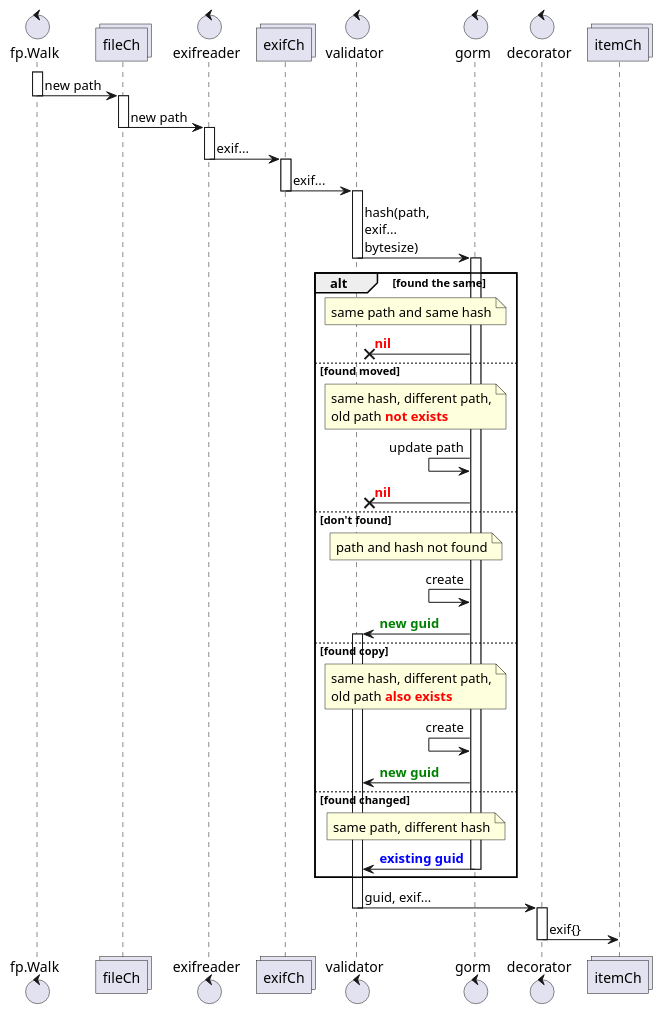
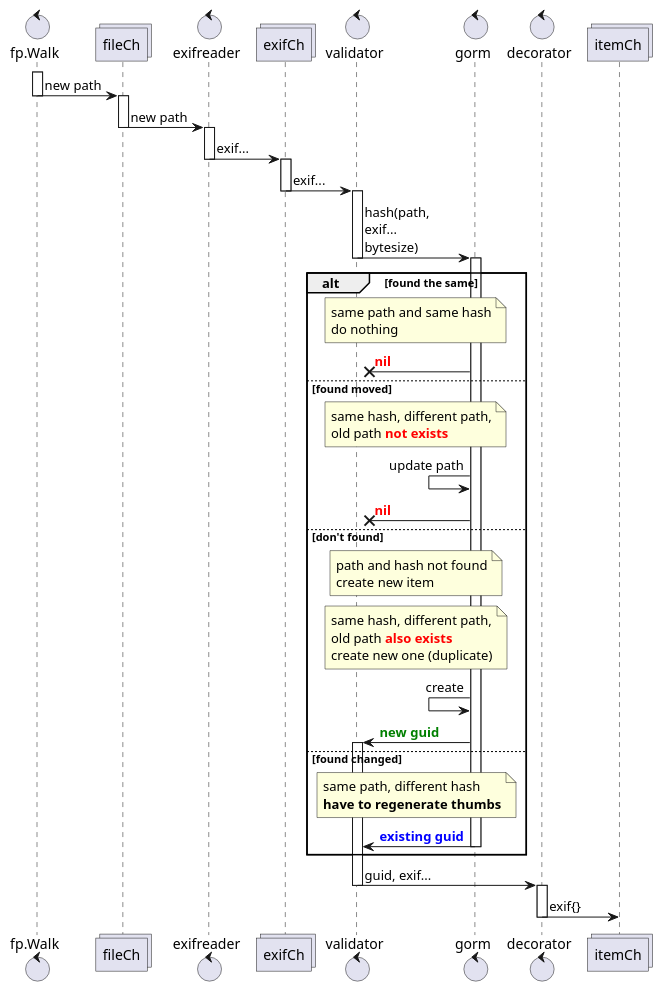
The diagram in _sb/Walker.puml (eggs-gd/Perceptrail), drawn with PlantUML before and after one commit. The commit also changed 8 other files, not shown here.

Commit message:
diagrams

```diff
--- a/_sb/Walker.puml
+++ b/_sb/Walker.puml
@@ -1,67 +1,76 @@
 @startuml Walker and validating
 
 control fp.Walk
 collections fileCh
 
 control exifreader
 collections exifCh
 
 control validator
 
 control gorm
 control decorator
 collections itemCh
 
 
 activate fp.Walk
 fp.Walk -> fileCh: new path
 deactivate fp.Walk
 activate fileCh
 fileCh -> exifreader: new path
 deactivate fileCh
 activate exifreader
 exifreader -> exifCh: exif...
 deactivate exifreader
 activate exifCh
 exifCh -> validator: exif...
 deactivate exifCh
 activate validator
 
 validator -> gorm: hash(path,\nexif...\nbytesize)
 deactivate validator
 activate gorm
 
 alt found the same
-    note over validator, gorm: same path and same hash
+    note over validator, gorm: same path and same hash\ndo nothing
     gorm ->x validator: <font color=red><b>nil
 
 else found moved
-    note over validator, gorm: same hash, different path,\nold path <b><font color=red>not exists
+    note over validator, gorm
+    same hash, different path,
+    old path <b><font color=red>not exists
+    end note
     gorm <- gorm: update path
     gorm ->x validator: <font color=red><b>nil
 
 else don't found
-    note over validator, gorm: path and hash not found
+    note over validator, gorm
+    path and hash not found
+    create new item
+    end note
+    note over validator, gorm
+    same hash, different path,
+    old path <b><font color=red>also exists
+    create new one (duplicate)
+    end note
     gorm <- gorm: create
     gorm -> validator: <font color=green><b>new guid
     activate validator
 
-else found copy
-    note over validator, gorm: same hash, different path,\nold path <b><font color=red>also exists
-    gorm <- gorm: create
-    gorm -> validator: <font color=green><b>new guid
-
 else found changed
-    note over validator, gorm: same path, different hash
+    note over validator, gorm
+    same path, different hash
+    <b>have to regenerate thumbs
+    end note
     gorm -> validator: <font color=blue><b>existing guid
     deactivate gorm
 
 end
 
 validator -> decorator: guid, exif...
 deactivate validator
 activate decorator
 decorator -> itemCh: exif{} 
 deactivate decorator
 
 @enduml
```
